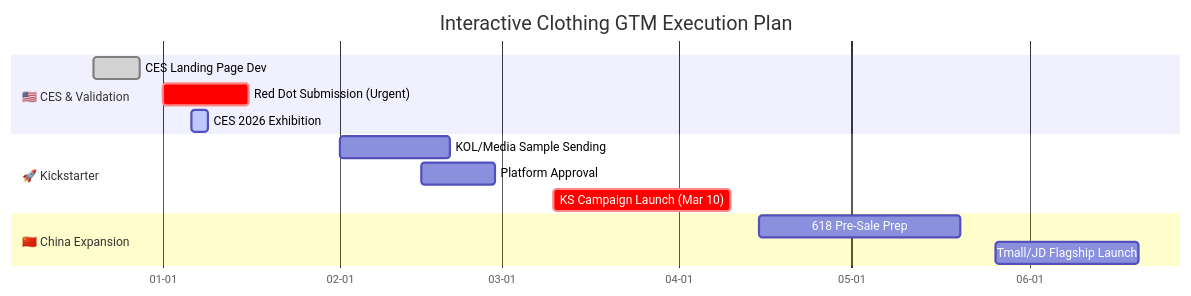
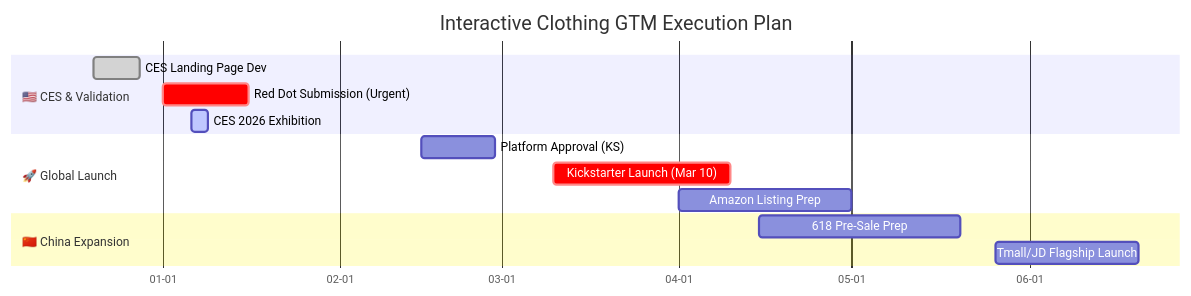
One commit to LinXiaoya0228/InteractiveClothing changed the diagram in README.md. Above: the diagram before and after it, drawn with Mermaid. The commit also changed other lines of this file, not shown here.

````diff
--- a/README.md
+++ b/README.md
@@ -74,21 +83,21 @@
 ```mermaid
 gantt
     title Interactive Clothing GTM Execution Plan
     dateFormat  YYYY-MM-DD
     axisFormat  %m-%d
     todayMarker off
 
     section 🇺🇸 CES & Validation
     CES Landing Page Dev       :done,    2025-12-20, 2025-12-28
     Red Dot Submission (Urgent):crit,    2026-01-01, 2026-01-16
     CES 2026 Exhibition        :active,  2026-01-06, 2026-01-09
 
-    section 🚀 Kickstarter
-    KOL/Media Sample Sending   :         2026-02-01, 2026-02-20
-    Platform Approval          :         2026-02-15, 2026-02-28
-    KS Campaign Launch (Mar 10):crit,    2026-03-10, 2026-04-10
+    section 🚀 Global Launch
+    Platform Approval (KS)     :         2026-02-15, 2026-02-28
+    Kickstarter Launch (Mar 10):crit,    2026-03-10, 2026-04-10
+    Amazon Listing Prep        :         2026-04-01, 2026-05-01
 
     section 🇨🇳 China Expansion
     618 Pre-Sale Prep          :         2026-04-15, 2026-05-20
     Tmall/JD Flagship Launch   :         2026-05-26, 2026-06-20
 ```
````
